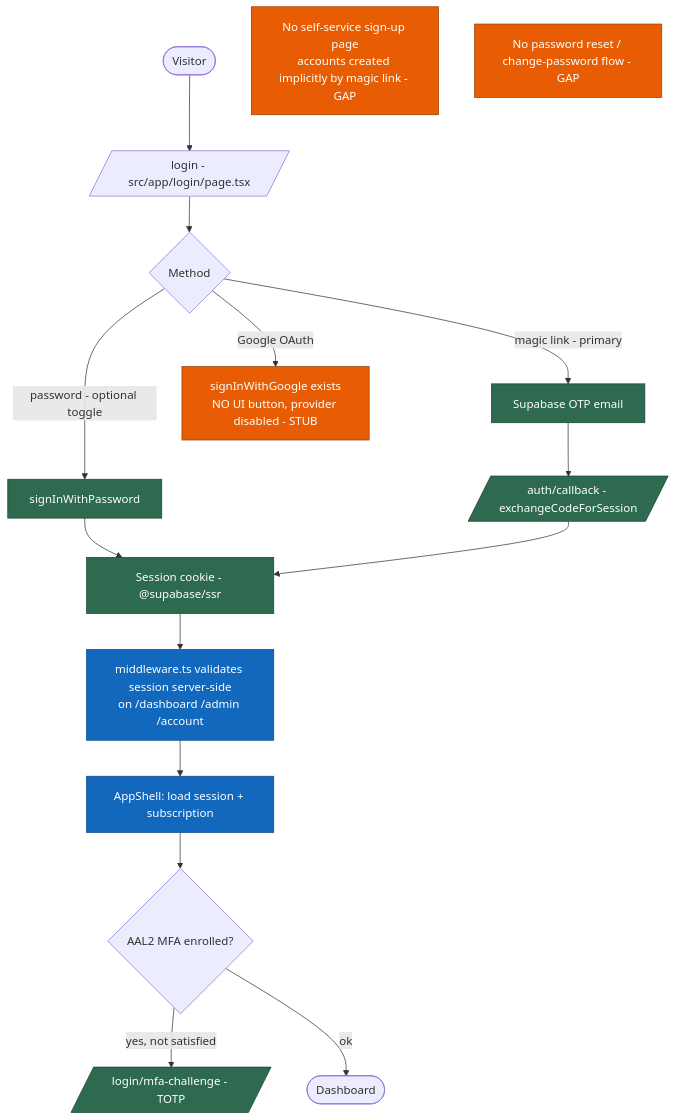
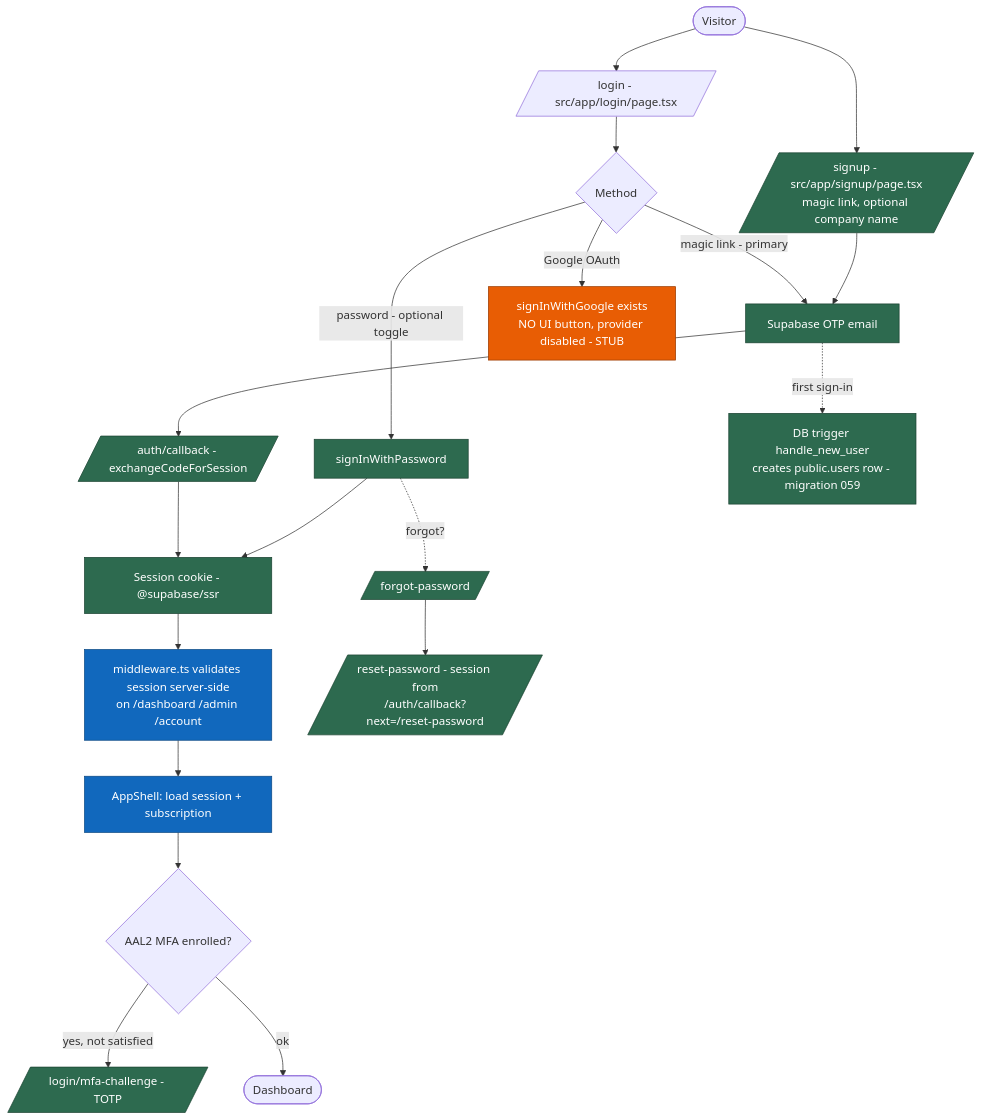
Before and after one commit to andrew-barvas/hebrides-cyber: the diagram in hebridescyber-app/docs/diagrams/flow-auth.mmd, drawn with Mermaid. The commit also changed 12 other files, not shown here.

```diff
--- a/hebridescyber-app/docs/diagrams/flow-auth.mmd
+++ b/hebridescyber-app/docs/diagrams/flow-auth.mmd
@@ -1,25 +1,28 @@
 %% Flow — authentication & MFA step-up
 %% Canonical source. Regenerate exports with: npm run docs:diagrams
 flowchart TD
     classDef ok fill:#2d6a4f,stroke:#1b4332,color:#fff
     classDef gap fill:#e85d04,stroke:#9a3b00,color:#fff
     classDef gate fill:#1168bd,stroke:#0b4884,color:#fff
 
     V([Visitor]) --> L[/login - src/app/login/page.tsx/]
+    V --> SU[/signup - src/app/signup/page.tsx<br/>magic link, optional company name/]:::ok
+    SU --> ML
     L --> M{Method}
     M -->|magic link - primary| ML[Supabase OTP email]:::ok
     M -->|password - optional toggle| PW[signInWithPassword]:::ok
     M -->|Google OAuth| GOOG[signInWithGoogle exists<br/>NO UI button, provider disabled - STUB]:::gap
 
     ML --> CB[/auth/callback - exchangeCodeForSession/]:::ok
     PW --> SESS
     CB --> SESS[Session cookie - @supabase/ssr]:::ok
 
     SESS --> MW[middleware.ts validates session server-side<br/>on /dashboard /admin /account]:::gate
     MW --> SHELL[AppShell: load session + subscription]:::gate
     SHELL --> AAL{AAL2 MFA enrolled?}
     AAL -->|yes, not satisfied| CH[/login/mfa-challenge - TOTP/]:::ok
     AAL -->|ok| APP([Dashboard])
 
-    NOGAP1[No self-service sign-up page<br/>accounts created implicitly by magic link - GAP]:::gap
-    NOGAP2[No password reset / change-password flow - GAP]:::gap
+    FP[/forgot-password/]:::ok --> RP[/reset-password - session from<br/>/auth/callback?next=/reset-password/]:::ok
+    PW -.->|forgot?| FP
+    ML -.->|first sign-in| TRG[DB trigger handle_new_user<br/>creates public.users row - migration 059]:::ok
```
